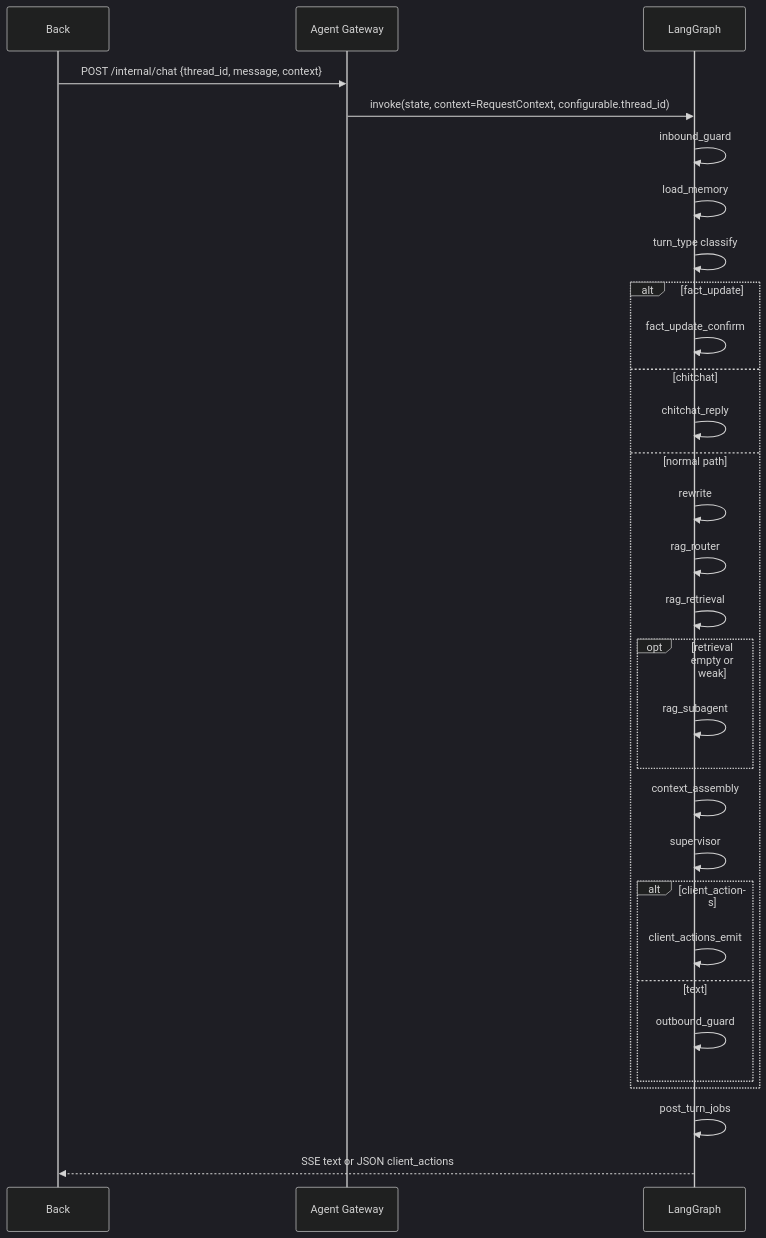
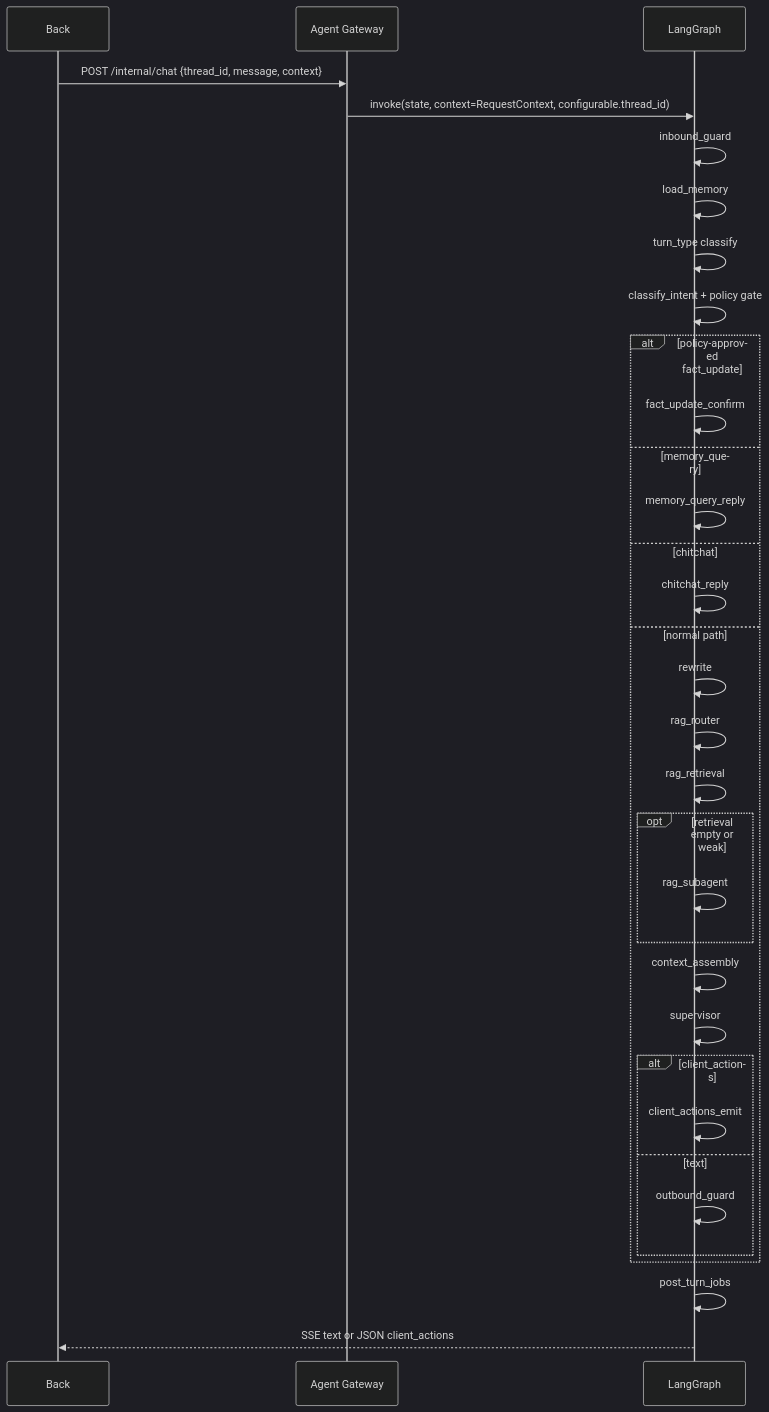
The diagram in README.md (lrxCn/commonAgent), drawn with Mermaid (dark theme) before and after one commit. The commit also changed other lines of this file and 9 other files, not shown here.

````diff
--- a/README.md
+++ b/README.md
@@ -116,33 +121,36 @@
 ```mermaid
 sequenceDiagram
   participant Back
   participant GW as Agent Gateway
   participant G as LangGraph
 
   Back->>GW: POST /internal/chat {thread_id, message, context}
   GW->>G: invoke(state, context=RequestContext, configurable.thread_id)
   G->>G: inbound_guard
   G->>G: load_memory
   G->>G: turn_type classify
-  alt fact_update
+  G->>G: classify_intent + policy gate
+  alt policy-approved fact_update
     G->>G: fact_update_confirm
+  else memory_query
+    G->>G: memory_query_reply
   else chitchat
     G->>G: chitchat_reply
   else normal path
     G->>G: rewrite
     G->>G: rag_router
     G->>G: rag_retrieval
     opt retrieval empty or weak
       G->>G: rag_subagent
     end
     G->>G: context_assembly
     G->>G: supervisor
     alt client_actions
       G->>G: client_actions_emit
     else text
       G->>G: outbound_guard
     end
   end
   G->>G: post_turn_jobs
   G-->>Back: SSE text or JSON client_actions
 ```
````
